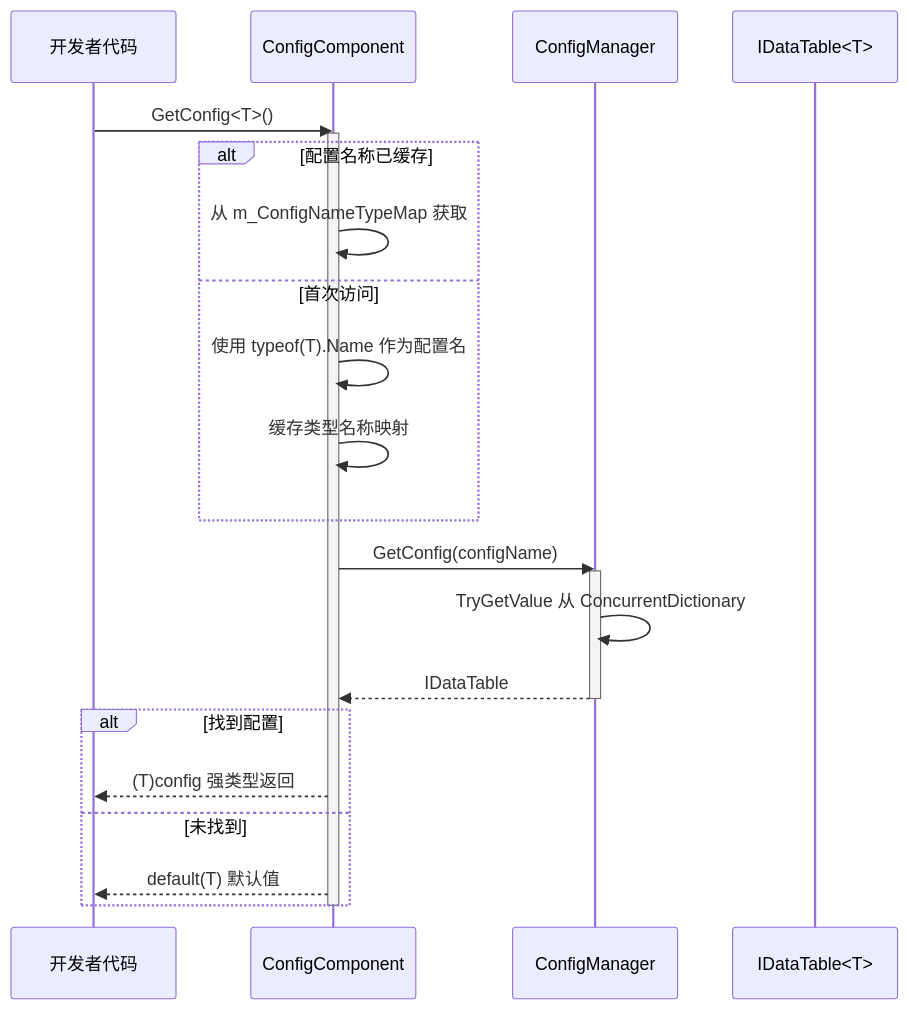
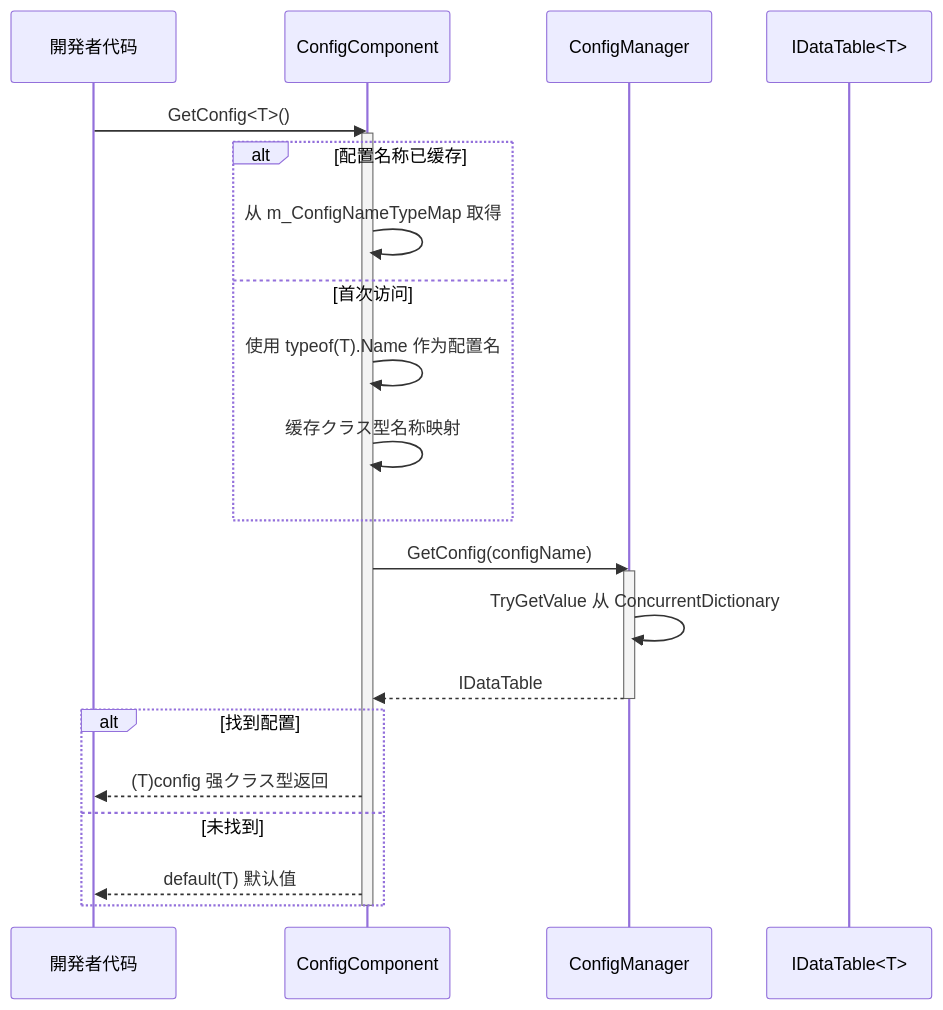
One commit to AlianBlank/GameFrameX.Docs changed the second of 3 diagrams in docs/ja/client/unity/component/config/10.config-component.md. Above: the diagram before and after it, drawn with Mermaid. The commit also changed other lines of this file and 603 other files, not shown here.

````diff
--- a/docs/ja/client/unity/component/config/10.config-component.md
+++ b/docs/ja/client/unity/component/config/10.config-component.md
@@ -50,31 +50,31 @@
 ```mermaid
 sequenceDiagram
-    participant Dev as 开发者代码
+    participant Dev as 開発者代码
     participant CC as ConfigComponent
     participant CM as ConfigManager
     participant DT as IDataTable<T>
 
     Dev->>CC: GetConfig<T>()
     activate CC
     
     alt 配置名称已缓存
-        CC->>CC: 从 m_ConfigNameTypeMap 获取
+        CC->>CC: 从 m_ConfigNameTypeMap 取得
     else 首次访问
         CC->>CC: 使用 typeof(T).Name 作为配置名
-        CC->>CC: 缓存类型名称映射
+        CC->>CC: 缓存クラス型名称映射
     end
     
     CC->>CM: GetConfig(configName)
     activate CM
     CM->>CM: TryGetValue 从 ConcurrentDictionary
     CM-->>CC: IDataTable
     deactivate CM
     
     alt 找到配置
-        CC-->>Dev: (T)config 强类型返回
+        CC-->>Dev: (T)config 强クラス型返回
     else 未找到
         CC-->>Dev: default(T) 默认值
     end
     
     deactivate CC
 ```
````
